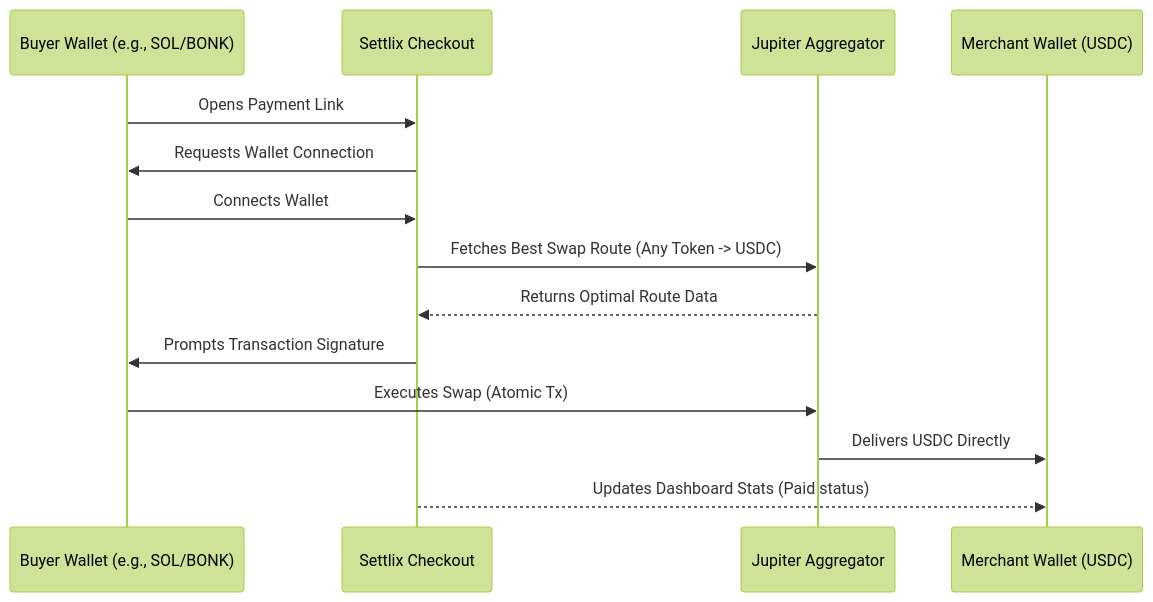
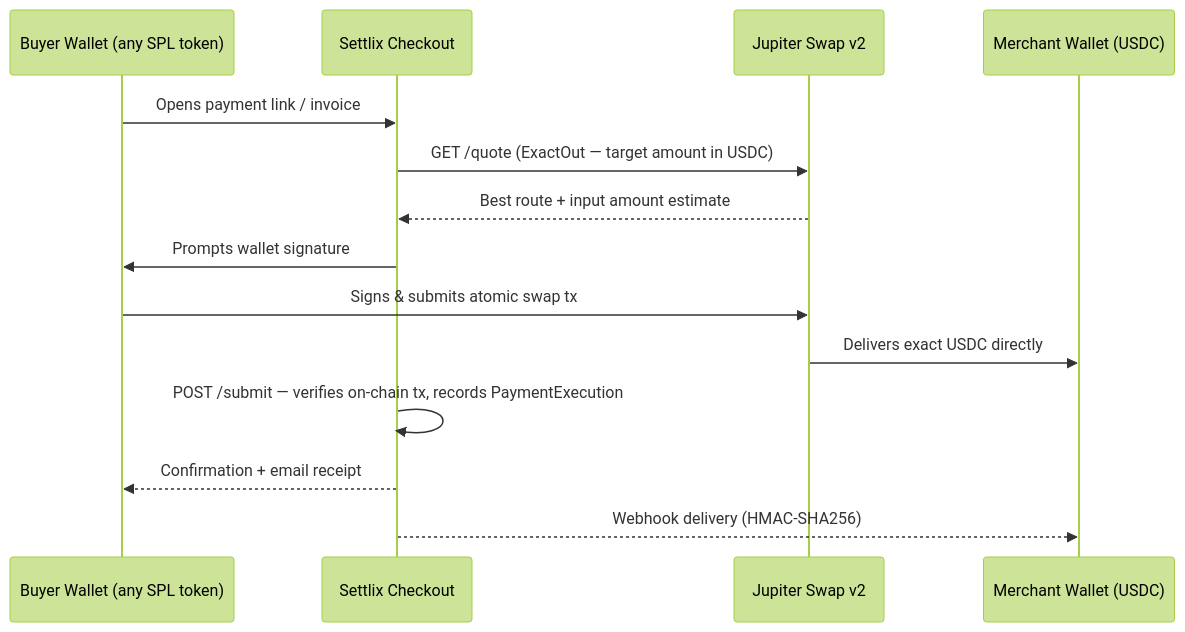
The first of 2 diagrams in README.md (ItsSVK/settlix), drawn with Mermaid (forest theme) before and after one commit. The commit also changed other lines of this file and 4 other files, not shown here.

Commit message:
docs: update README with project architecture and features and add Bun lockfile to gitignore

````diff
--- a/README.md
+++ b/README.md
@@ -29,17 +30,17 @@
 ```mermaid
 sequenceDiagram
-    participant B as Buyer Wallet (e.g., SOL/BONK)
-    participant S as Settlix Checkout
-    participant J as Jupiter Aggregator
+    participant B as Buyer Wallet (any SPL token)
+    participant C as Settlix Checkout
+    participant J as Jupiter Swap v2
     participant M as Merchant Wallet (USDC)
 
-    B->>S: Opens Payment Link
-    S->>B: Requests Wallet Connection
-    B->>S: Connects Wallet
-    S->>J: Fetches Best Swap Route (Any Token -> USDC)
-    J-->>S: Returns Optimal Route Data
-    S->>B: Prompts Transaction Signature
-    B->>J: Executes Swap (Atomic Tx)
-    J->>M: Delivers USDC Directly
-    S-->>M: Updates Dashboard Stats (Paid status)
+    B->>C: Opens payment link / invoice
+    C->>J: GET /quote (ExactOut — target amount in USDC)
+    J-->>C: Best route + input amount estimate
+    C->>B: Prompts wallet signature
+    B->>J: Signs & submits atomic swap tx
+    J->>M: Delivers exact USDC directly
+    C->>C: POST /submit — verifies on-chain tx, records PaymentExecution
+    C-->>B: Confirmation + email receipt
+    C-->>M: Webhook delivery (HMAC-SHA256)
 ```
````
